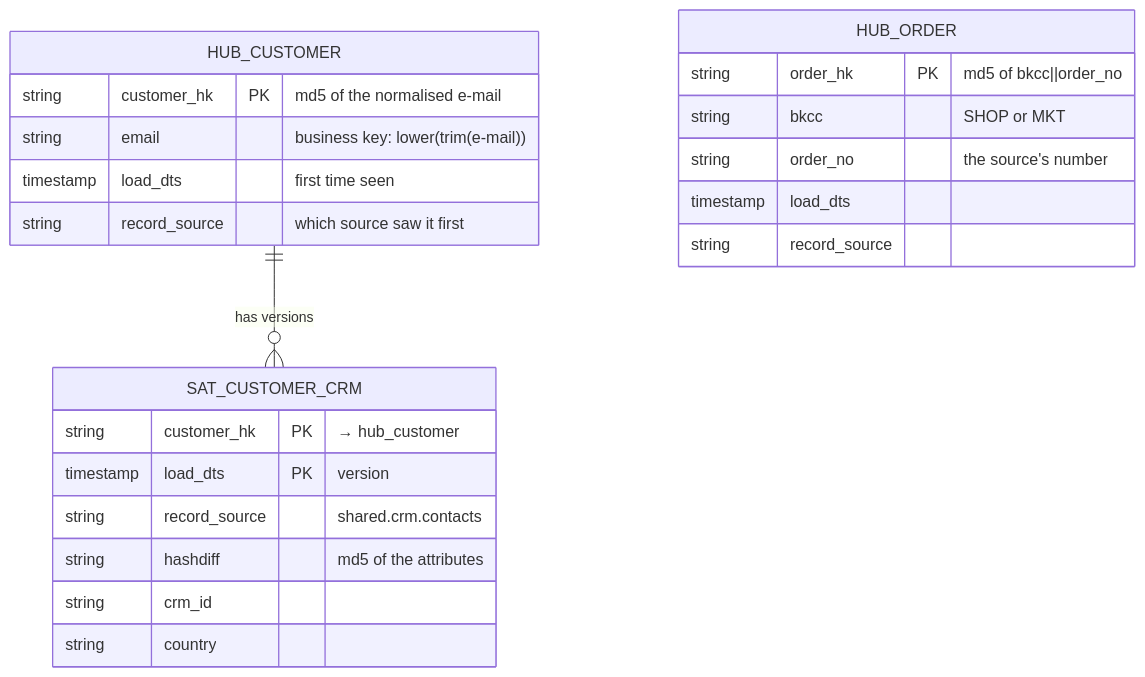
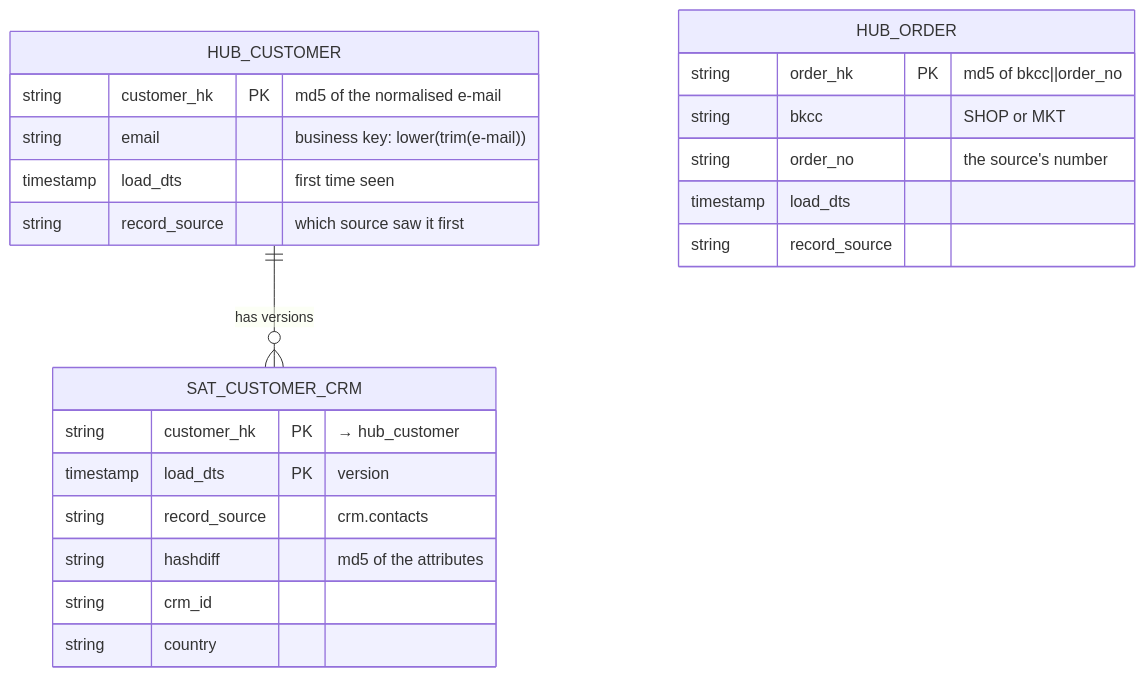
Before and after one commit to maarthala/data-engineering-lab: the third of 3 diagrams in training/docs/datavault/design.md, drawn with Mermaid. The commit also changed other lines of this file and 17 other files, not shown here.

````diff
--- a/training/docs/datavault/design.md
+++ b/training/docs/datavault/design.md
@@ -124,25 +124,25 @@
 ```mermaid
 erDiagram
   HUB_CUSTOMER {
     string customer_hk PK "md5 of the normalised e-mail"
     string email "business key: lower(trim(e-mail))"
     timestamp load_dts "first time seen"
     string record_source "which source saw it first"
   }
   HUB_ORDER {
     string order_hk PK "md5 of bkcc||order_no"
     string bkcc "SHOP or MKT"
     string order_no "the source's number"
     timestamp load_dts
     string record_source
   }
   SAT_CUSTOMER_CRM {
     string customer_hk PK "→ hub_customer"
     timestamp load_dts PK "version"
-    string record_source "shared.crm.contacts"
+    string record_source "crm.contacts"
     string hashdiff "md5 of the attributes"
     string crm_id
     string country
   }
   HUB_CUSTOMER ||--o{ SAT_CUSTOMER_CRM : "has versions"
 ```
````
